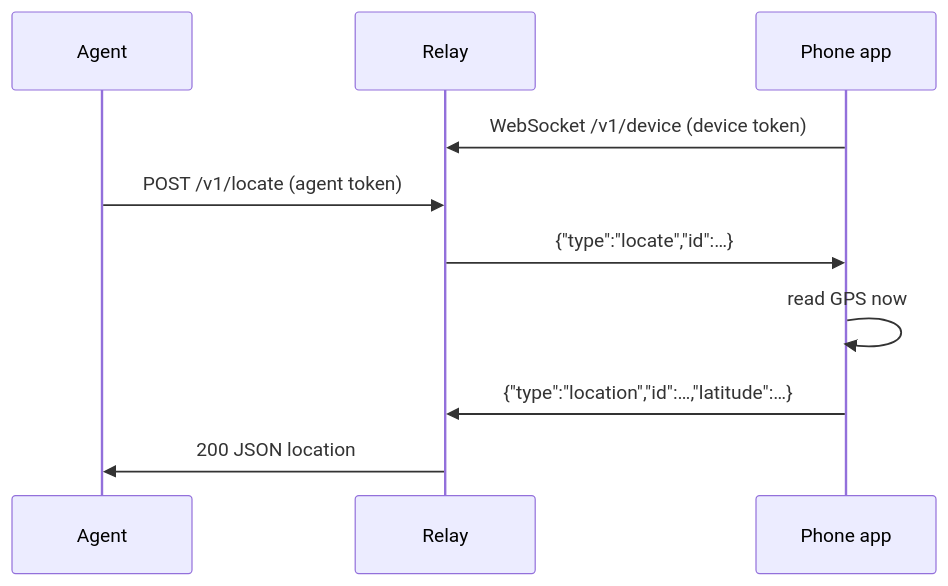
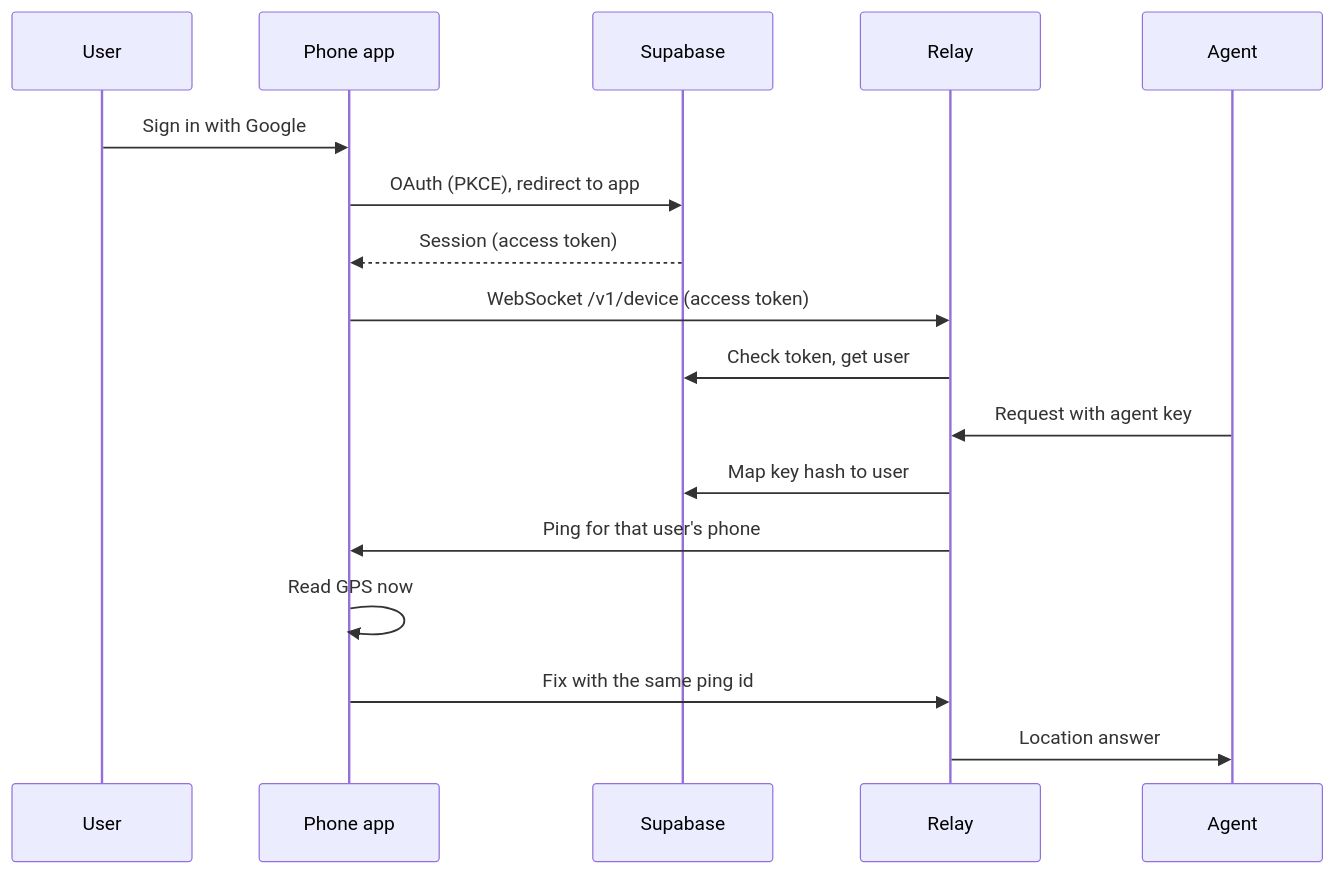
One commit to whereabot/whereabot changed the diagram in docs/architecture.md. Above: the diagram before and after it, drawn with Mermaid. The commit also changed other lines of this file and 3 other files, not shown here.

Commit message:
Docs: Supabase auth, agent keys, MCP setup, local quick start

````diff
--- a/docs/architecture.md
+++ b/docs/architecture.md
@@ -15,12 +18,19 @@
 ```mermaid
 sequenceDiagram
+    participant U as User
+    participant P as Phone app
+    participant S as Supabase
+    participant R as Relay
     participant A as Agent
-    participant R as Relay
-    participant P as Phone app
-    P->>R: WebSocket /v1/device (device token)
-    A->>R: POST /v1/locate (agent token)
-    R->>P: {"type":"locate","id":…}
-    P->>P: read GPS now
-    P->>R: {"type":"location","id":…,"latitude":…}
-    R->>A: 200 JSON location
+    U->>P: Sign in with Google
+    P->>S: OAuth (PKCE), redirect to app
+    S-->>P: Session (access token)
+    P->>R: WebSocket /v1/device (access token)
+    R->>S: Check token, get user
+    A->>R: Request with agent key
+    R->>S: Map key hash to user
+    R->>P: Ping for that user's phone
+    P->>P: Read GPS now
+    P->>R: Fix with the same ping id
+    R->>A: Location answer
 ```
````
